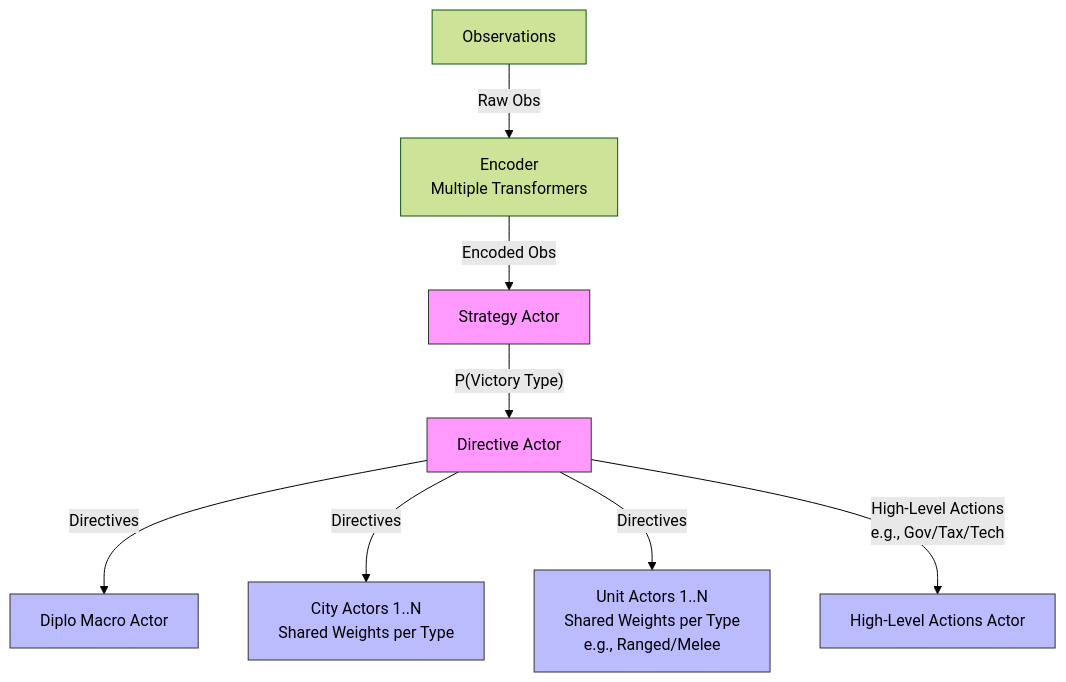
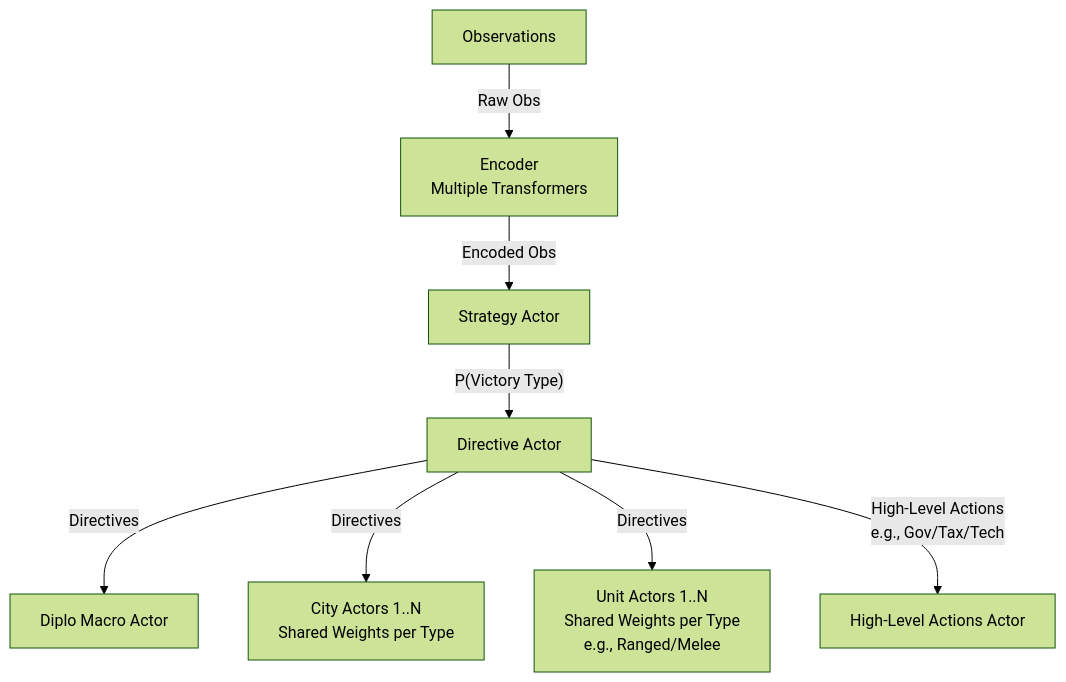
Before and after one commit to nicksrusso/FreeCiv-Agents: the diagram in blog/14-11-2025-initial-architecture.md, drawn with Mermaid (forest theme).

Commit message:
Remove styling from architecture diagram
Removed styling for various actors in the architecture diagram.

````diff
--- a/blog/14-11-2025-initial-architecture.md
+++ b/blog/14-11-2025-initial-architecture.md
@@ -1,16 +1,10 @@
 ```mermaid
 graph TD
     A[Observations] -->|"Raw Obs"| B[Encoder<br>Multiple Transformers]
     B -->|"Encoded Obs"| C[Strategy Actor]
     C -->|"P(Victory Type)"| D[Directive Actor]
     D -->|"Directives"| E[Diplo Macro Actor]
     D -->|"Directives"| F[City Actors 1..N<br>Shared Weights per Type]
     D -->|"Directives"| G[Unit Actors 1..N<br>Shared Weights per Type<br>e.g., Ranged/Melee]
     D -->|"High-Level Actions<br>e.g., Gov/Tax/Tech"| H[High-Level Actions Actor]
-    style C fill:#f9f,stroke:#333
-    style D fill:#f9f,stroke:#333
-    style E fill:#bbf,stroke:#333
-    style F fill:#bbf,stroke:#333
-    style G fill:#bbf,stroke:#333
-    style H fill:#bbf,stroke:#333
 ```
````
